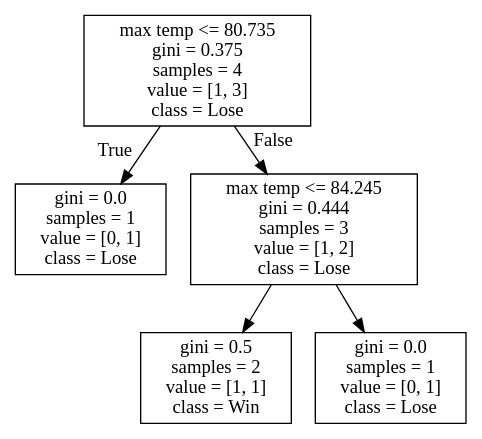
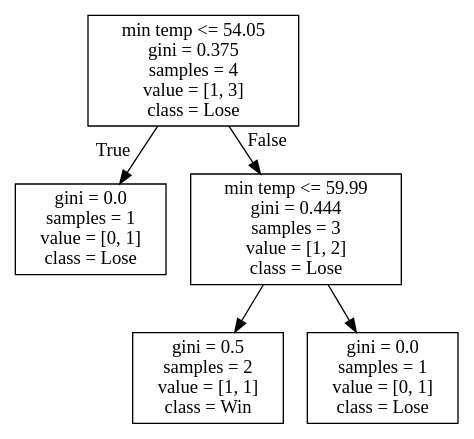
The diagram in DecisionTrees/Conference USAdecision_tree_no_score_or_attendance7.dot (alexana-steck/CSE482Project), drawn with Graphviz before and after one commit. The commit also changed 236 other files, not shown here.

```diff
--- a/DecisionTrees/Conference USAdecision_tree_no_score_or_attendance7.dot
+++ b/DecisionTrees/Conference USAdecision_tree_no_score_or_attendance7.dot
@@ -1,12 +1,12 @@
 digraph Tree {
 node [shape=box] ;
-0 [label="max temp <= 80.735\ngini = 0.375\nsamples = 4\nvalue = [1, 3]\nclass = Lose"] ;
+0 [label="min temp <= 54.05\ngini = 0.375\nsamples = 4\nvalue = [1, 3]\nclass = Lose"] ;
 1 [label="gini = 0.0\nsamples = 1\nvalue = [0, 1]\nclass = Lose"] ;
 0 -> 1 [labeldistance=2.5, labelangle=45, headlabel="True"] ;
-2 [label="max temp <= 84.245\ngini = 0.444\nsamples = 3\nvalue = [1, 2]\nclass = Lose"] ;
+2 [label="min temp <= 59.99\ngini = 0.444\nsamples = 3\nvalue = [1, 2]\nclass = Lose"] ;
 0 -> 2 [labeldistance=2.5, labelangle=-45, headlabel="False"] ;
 3 [label="gini = 0.5\nsamples = 2\nvalue = [1, 1]\nclass = Win"] ;
 2 -> 3 ;
 4 [label="gini = 0.0\nsamples = 1\nvalue = [0, 1]\nclass = Lose"] ;
 2 -> 4 ;
 }
```
